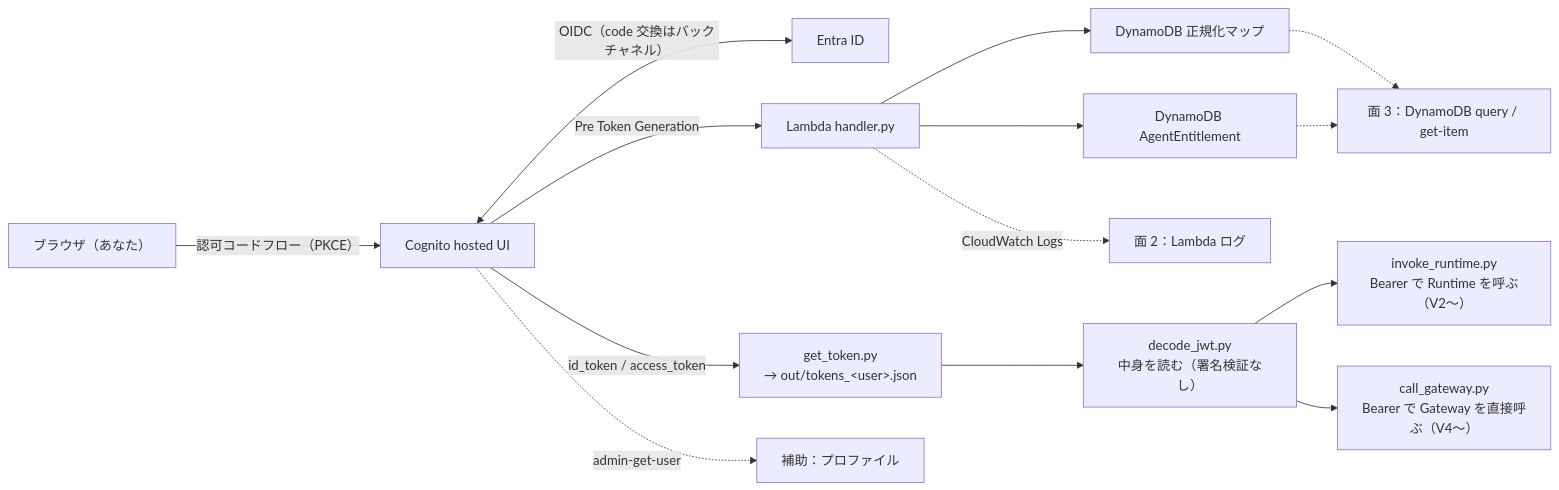
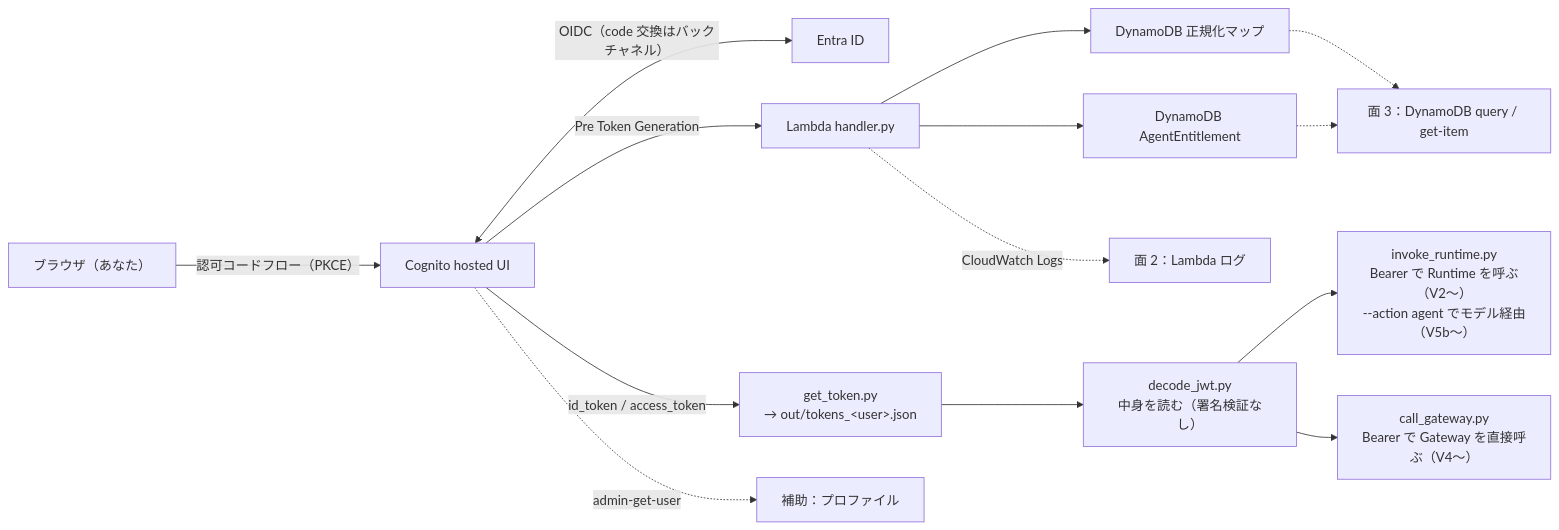
Before and after one commit to yuki-m1216/Training: the diagram in CDK/agentcore-authchain/docs/ツール使い方_観測手順_v1_0.md, drawn with Mermaid. The commit also changed other lines of this file and 6 other files, not shown here.

````diff
--- a/CDK/agentcore-authchain/docs/ツール使い方_観測手順_v1_0.md
+++ b/CDK/agentcore-authchain/docs/ツール使い方_観測手順_v1_0.md
@@ -10,16 +10,16 @@
 ```mermaid
 flowchart LR
     U["ブラウザ（あなた）"] -->|"認可コードフロー（PKCE）"| C["Cognito hosted UI"]
     C <-->|"OIDC（code 交換はバックチャネル）"| E["Entra ID"]
     C -->|"Pre Token Generation"| L["Lambda handler.py"]
     L --> D1["DynamoDB 正規化マップ"]
     L --> D2["DynamoDB AgentEntitlement"]
     C -->|"id_token / access_token"| G["get_token.py<br/>→ out/tokens_&lt;user&gt;.json"]
     G --> J["decode_jwt.py<br/>中身を読む（署名検証なし）"]
-    J --> R["invoke_runtime.py<br/>Bearer で Runtime を呼ぶ（V2〜）"]
+    J --> R["invoke_runtime.py<br/>Bearer で Runtime を呼ぶ（V2〜）<br/>--action agent でモデル経由（V5b〜）"]
     J --> GW["call_gateway.py<br/>Bearer で Gateway を直接呼ぶ（V4〜）"]
     L -.->|"CloudWatch Logs"| OBS1["面 2：Lambda ログ"]
     D1 -.-> OBS3["面 3：DynamoDB query / get-item"]
     D2 -.-> OBS3
     C -.->|"admin-get-user"| OBS4["補助：プロファイル"]
 ```
````
